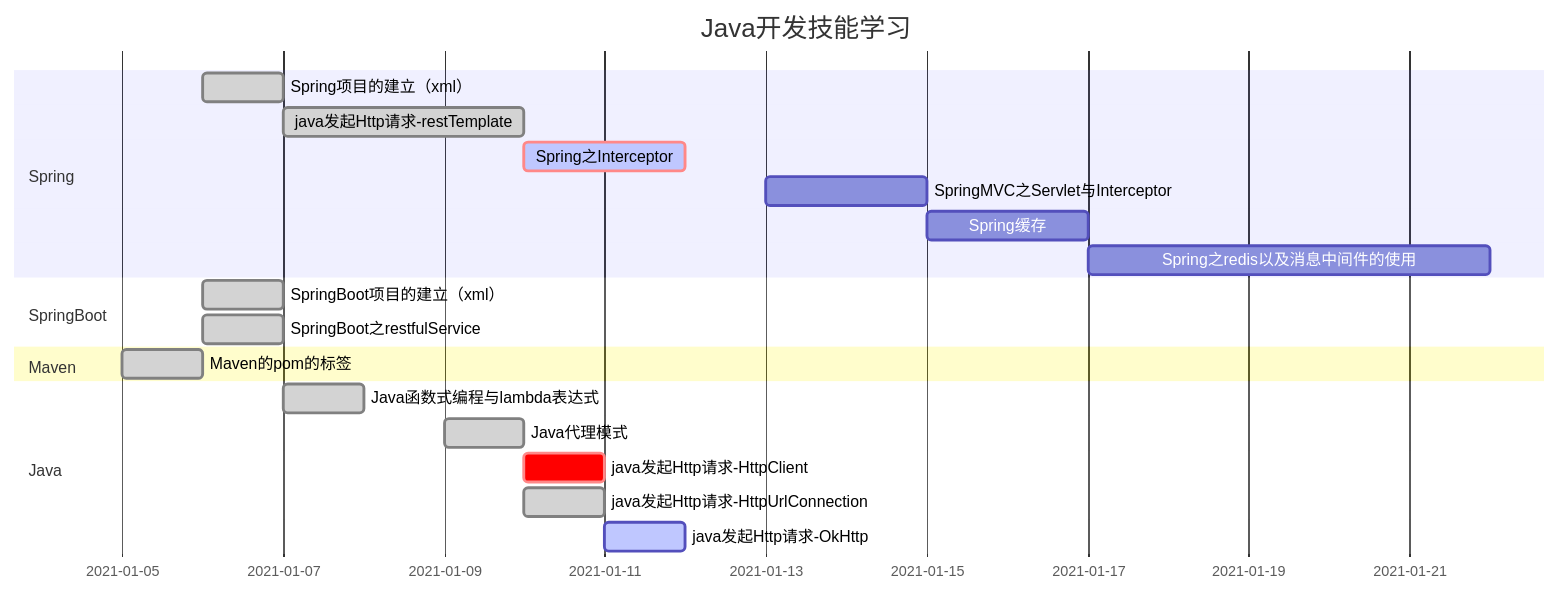
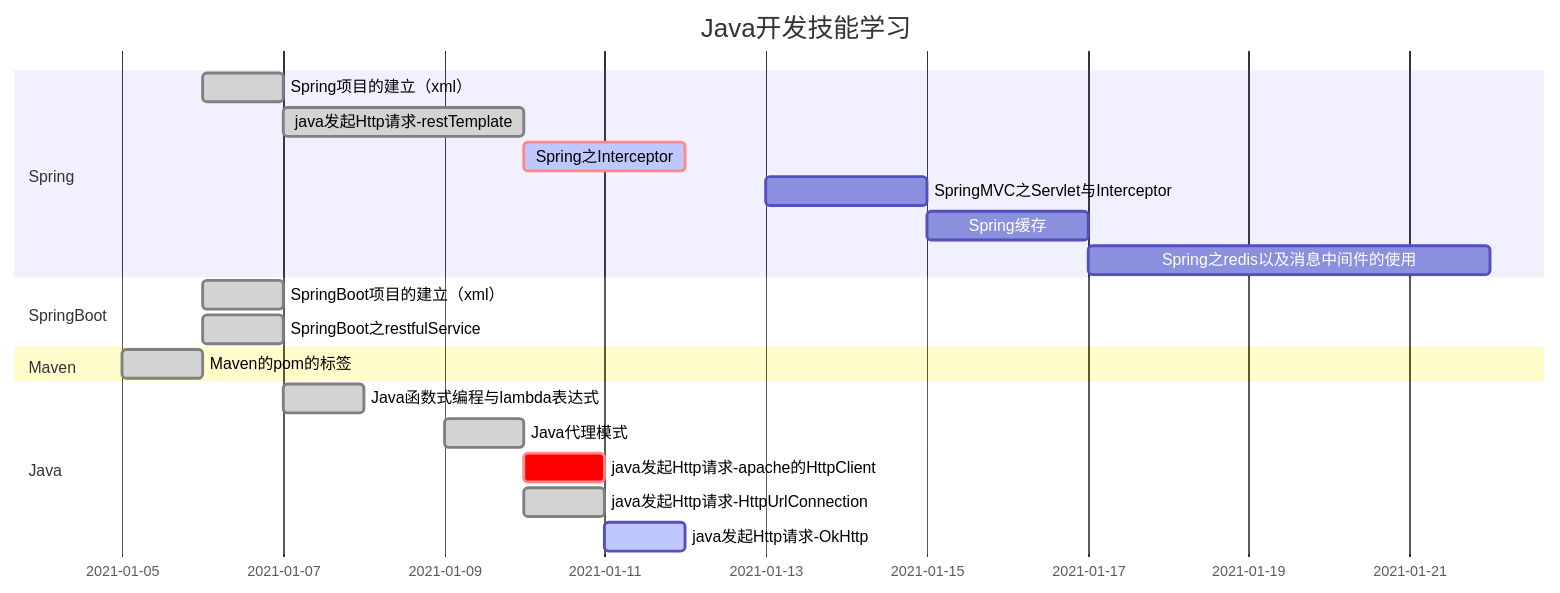
Before and after one commit to ole12138/ole12138.github.io: the diagram in content/post/计算机技术/Java开发技能需求与学习.md, drawn with Mermaid. The commit also changed 6 other files, not shown here.

````diff
--- a/content/post/计算机技术/Java开发技能需求与学习.md
+++ b/content/post/计算机技术/Java开发技能需求与学习.md
@@ -42,27 +42,27 @@
 ```mermaid
 gantt
 dateFormat  YYYY-MM-DD
 title Java开发技能学习
 
 section Spring
 Spring项目的建立（xml）							:done, 	springInit, 2021-01-06, 2021-01-07
 java发起Http请求-restTemplate						:done, restTemplate, 2021-01-07, 3d	
 Spring之Interceptor								:active, crit,2021-01-10,2d
 SpringMVC之Servlet与Interceptor					:2021-01-13,2d
 Spring缓存										:2021-01-15,2d
 Spring之redis以及消息中间件的使用					:2021-01-17,5d
 
 section SpringBoot
 SpringBoot项目的建立（xml）						:done, 	springBootInit, 2021-01-06, 2021-01-07
 SpringBoot之restfulService						:done, 	restfulService, 2021-01-06, 2021-01-07
 
 section Maven
 Maven的pom的标签								:done, mavanPom, 2021-01-05, 2021-01-06
 
 section Java
 Java函数式编程与lambda表达式							:done, javaLambda, 2021-01-07, 2021-01-08
 Java代理模式										:done, javaProxy, 2021-01-09, 1d
-java发起Http请求-HttpClient							:crit,httpClient,after restTemplate,1d
+java发起Http请求-apache的HttpClient							:crit,httpClient,after restTemplate,1d
 java发起Http请求-HttpUrlConnection					:done,2021-01-10,1d
 java发起Http请求-OkHttp								:active,1d
 ```
````
